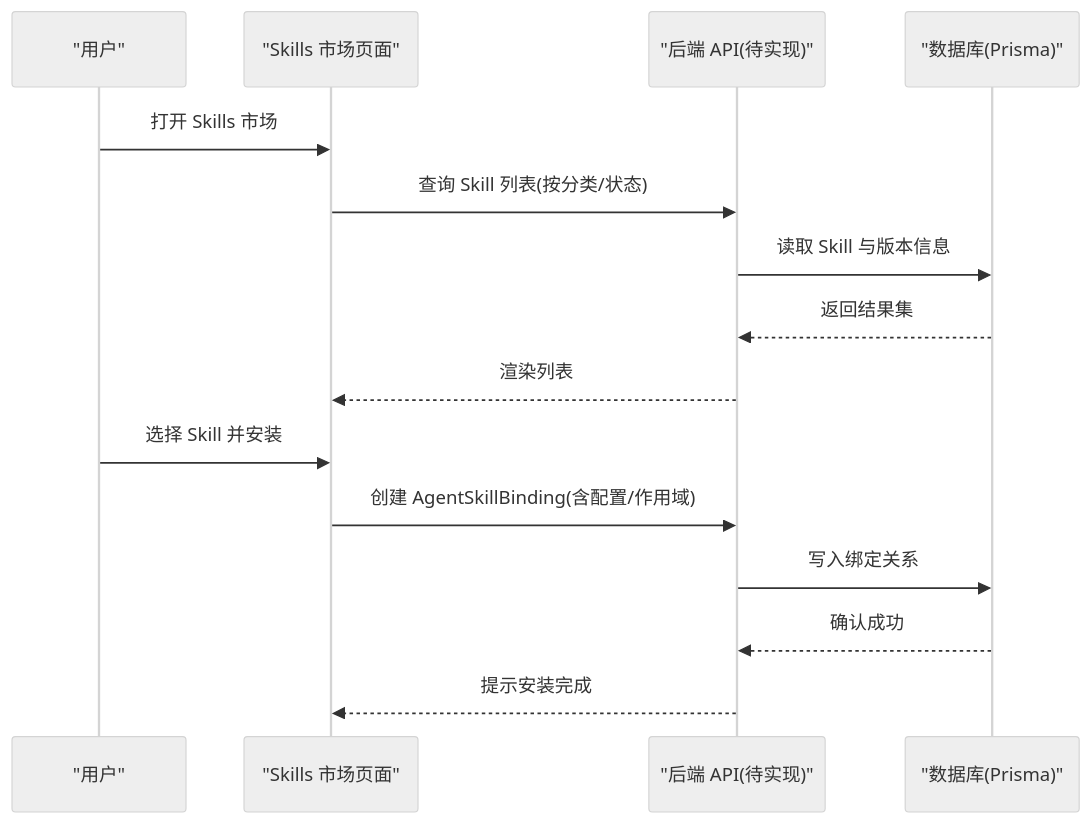
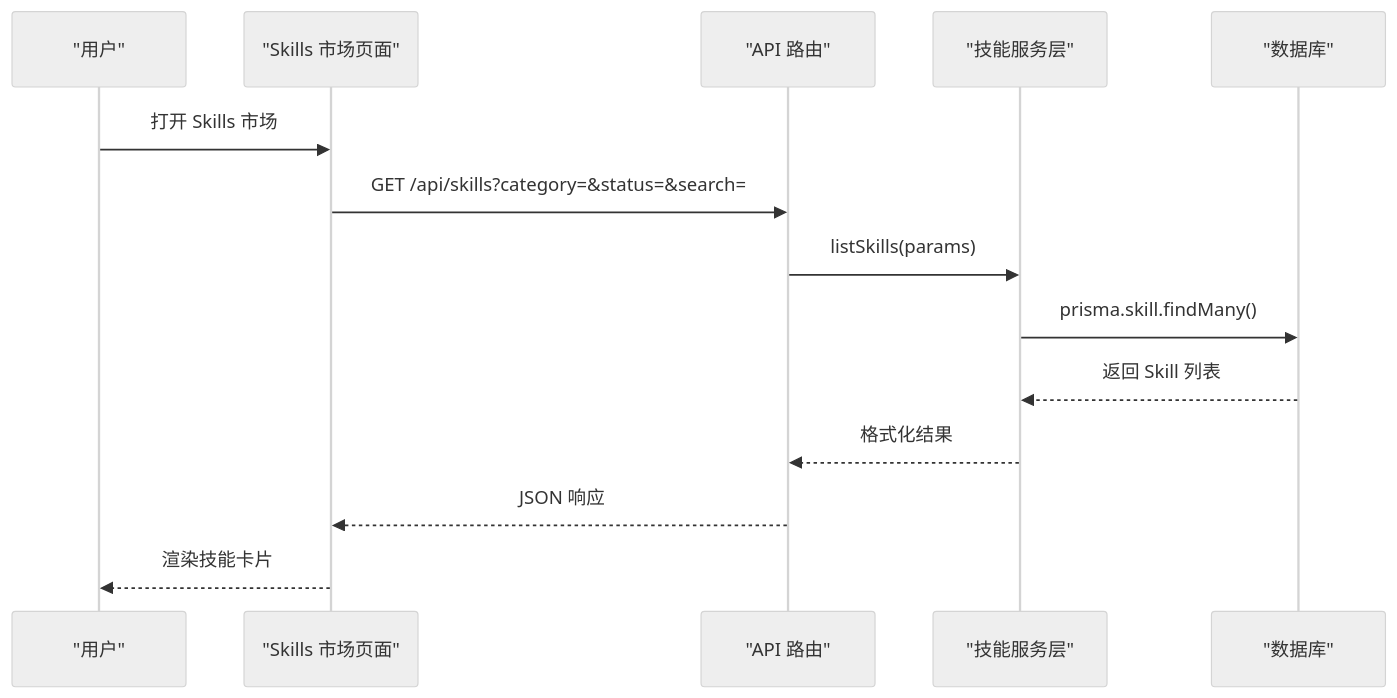
The third of 6 diagrams in .qoder/repowiki/zh/content/功能模块/Skills 市场.md (ai-guru-global/agent-up), drawn with Mermaid (neutral theme) before and after one commit. The commit also changed other lines of this file and 57 other files, not shown here.

````diff
--- a/.qoder/repowiki/zh/content/功能模块/Skills 市场.md
+++ b/.qoder/repowiki/zh/content/功能模块/Skills 市场.md
@@ -180,17 +264,16 @@
 ```mermaid
 sequenceDiagram
 participant U as "用户"
 participant UI as "Skills 市场页面"
-participant API as "后端 API(待实现)"
-participant DB as "数据库(Prisma)"
+participant API as "API 路由"
+participant Service as "技能服务层"
+participant DB as "数据库"
 U->>UI : 打开 Skills 市场
-UI->>API : 查询 Skill 列表(按分类/状态)
-API->>DB : 读取 Skill 与版本信息
-DB-->>API : 返回结果集
-API-->>UI : 渲染列表
-U->>UI : 选择 Skill 并安装
-UI->>API : 创建 AgentSkillBinding(含配置/作用域)
-API->>DB : 写入绑定关系
-DB-->>API : 确认成功
-API-->>UI : 提示安装完成
+UI->>API : GET /api/skills?category=&status=&search=
+API->>Service : listSkills(params)
+Service->>DB : prisma.skill.findMany()
+DB-->>Service : 返回 Skill 列表
+Service-->>API : 格式化结果
+API-->>UI : JSON 响应
+UI-->>U : 渲染技能卡片
 ```
````
